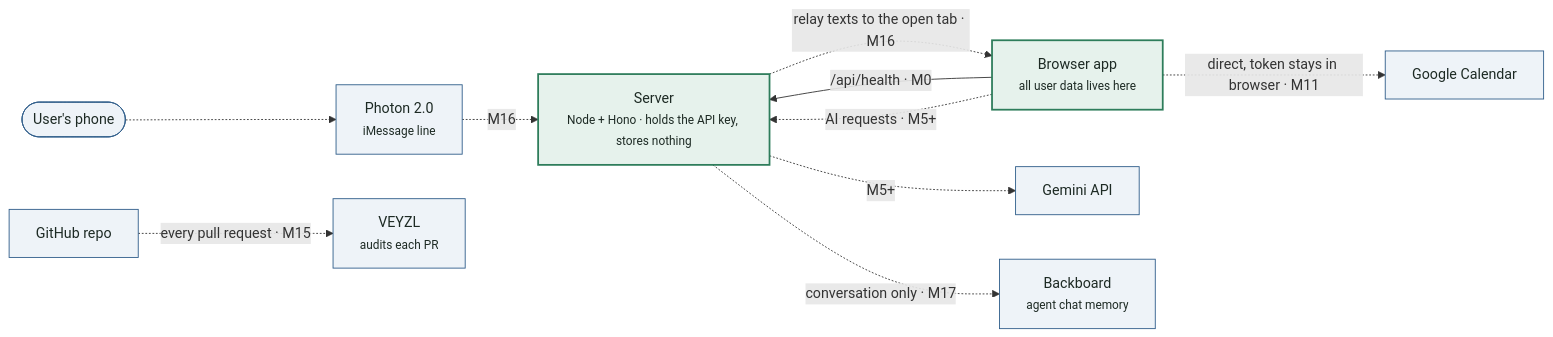
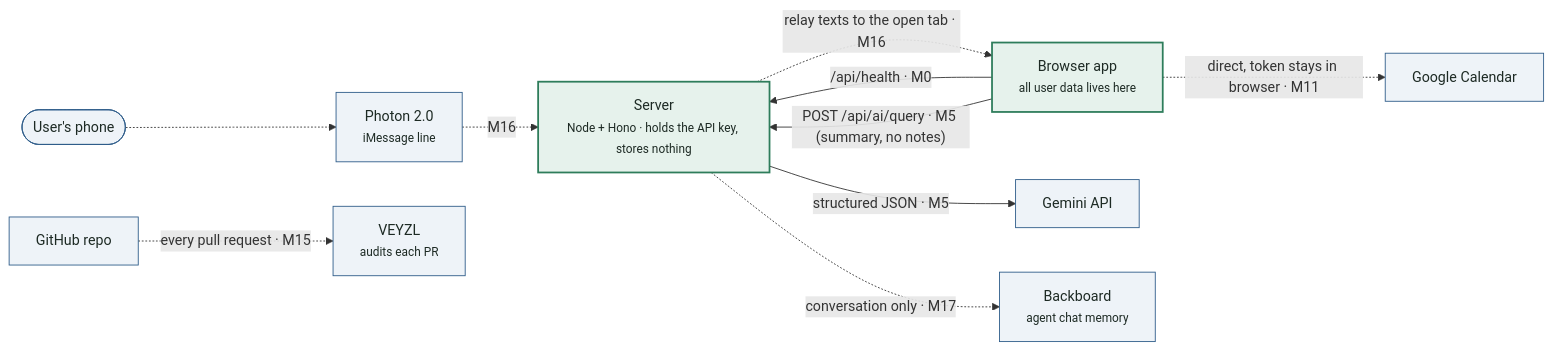
Before and after one commit to trafwel/ConnectWork: the first of 3 diagrams in docs/ARCHITECTURE.md, drawn with Mermaid. The commit also changed other lines of this file and 24 other files, not shown here.

First line of the commit message:
M5: Ask Connectwork (question → server → Gemini → highlights)

````diff
--- a/docs/ARCHITECTURE.md
+++ b/docs/ARCHITECTURE.md
@@ -9,25 +9,25 @@
 ```mermaid
 flowchart LR
   Phone(["User's phone"]):::external
   Browser["Browser app<br/><small>all user data lives here</small>"]:::built
   Server["Server<br/><small>Node + Hono · holds the API key, stores nothing</small>"]:::built
   Gemini["Gemini API"]:::external
   GCal["Google Calendar"]:::external
   Photon["Photon 2.0<br/><small>iMessage line</small>"]:::external
   Backboard["Backboard<br/><small>agent chat memory</small>"]:::external
   GitHub["GitHub repo"]:::external
   VEYZL["VEYZL<br/><small>audits each PR</small>"]:::external
 
   Browser -->|"/api/health · M0"| Server
-  Browser -.->|"AI requests · M5+"| Server
-  Server -.->|"M5+"| Gemini
+  Browser -->|"POST /api/ai/query · M5 (summary, no notes)"| Server
+  Server -->|"structured JSON · M5"| Gemini
   Browser -.->|"direct, token stays in browser · M11"| GCal
   Phone -.-> Photon -.->|"M16"| Server
   Server -.->|"relay texts to the open tab · M16"| Browser
   Server -.->|"conversation only · M17"| Backboard
   GitHub -.->|"every pull request · M15"| VEYZL
 
   classDef built fill:#e6f2ec,stroke:#2e7d5b,stroke-width:2px,color:#1d2a24;
   classDef planned fill:#f6f7f6,stroke:#9aa39c,stroke-dasharray:5 4,color:#56635b;
   classDef external fill:#eef3f8,stroke:#2f5d8a,color:#1d2a24;
 ```
````
